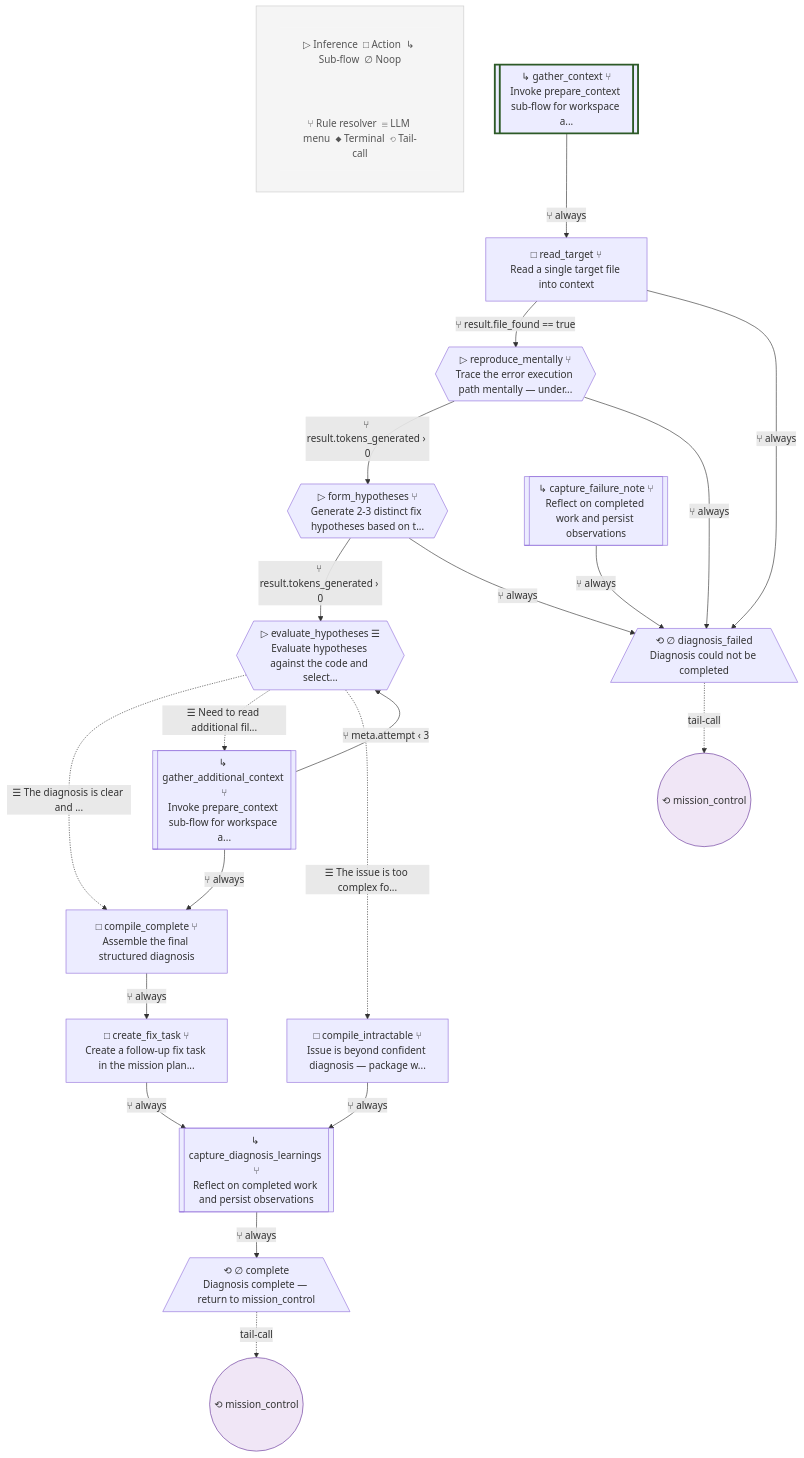
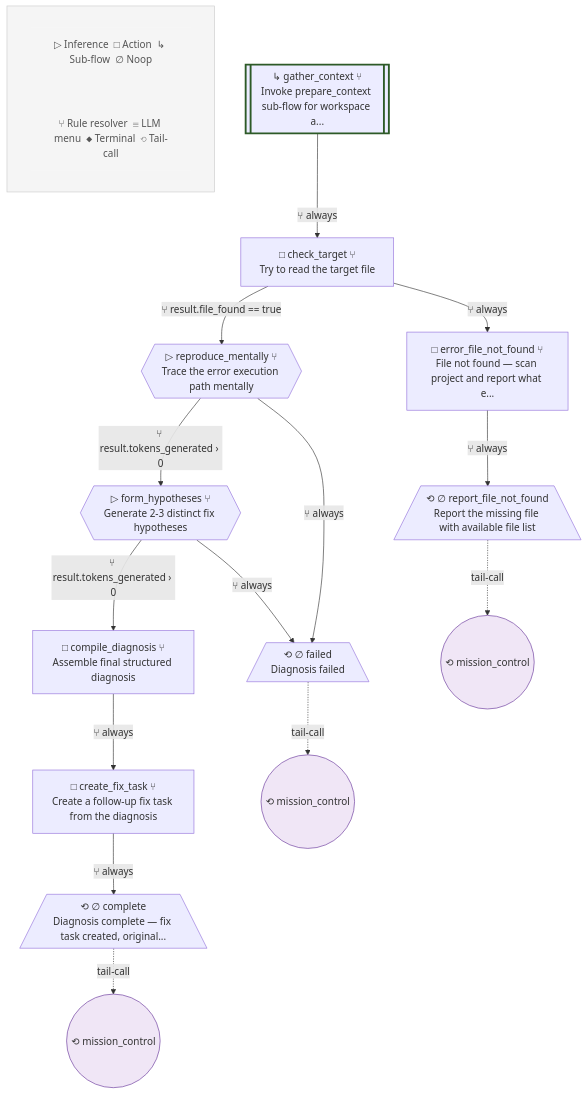
One commit to lah-rb/ouroboros changed the fifth of 31 diagrams in blueprint.md. Above: the diagram before and after it, drawn with Mermaid. The commit also changed other lines of this file and 32 other files, not shown here.

````diff
--- a/blueprint.md
+++ b/blueprint.md
@@ -598,53 +571,46 @@
 ```mermaid
 flowchart TD
-    %% diagnose_issue v1
+    %% diagnose_issue v2
 
     subgraph Legend[" "]
         L1["▷ Inference  □ Action  ↳ Sub-flow  ∅ Noop"]
         L2["⑂ Rule resolver  ☰ LLM menu  ◆ Terminal  ⟲ Tail-call"]
     end
     style Legend fill:#f5f5f5,stroke:#ccc,stroke-width:1px
     style L1 fill:#f5f5f5,stroke:none,color:#555
     style L2 fill:#f5f5f5,stroke:none,color:#555
 
     gather_context[["↳ gather_context ⑂\nInvoke prepare_context sub-flow for workspace a..."]]
-    read_target["□ read_target ⑂\nRead a single target file into context"]
-    reproduce_mentally{{"▷ reproduce_mentally ⑂\nTrace the error execution path mentally — under..."}}
-    form_hypotheses{{"▷ form_hypotheses ⑂\nGenerate 2-3 distinct fix hypotheses based on t..."}}
-    evaluate_hypotheses{{"▷ evaluate_hypotheses ☰\nEvaluate hypotheses against the code and select..."}}
-    gather_additional_context[["↳ gather_additional_context ⑂\nInvoke prepare_context sub-flow for workspace a..."]]
-    compile_complete["□ compile_complete ⑂\nAssemble the final structured diagnosis"]
-    create_fix_task["□ create_fix_task ⑂\nCreate a follow-up fix task in the mission plan..."]
-    compile_intractable["□ compile_intractable ⑂\nIssue is beyond confident diagnosis — package w..."]
-    capture_diagnosis_learnings[["↳ capture_diagnosis_learnings ⑂\nReflect on completed work and persist observations"]]
-    complete[/"⟲ ∅ complete\nDiagnosis complete — return to mission_control"\]
-    capture_failure_note[["↳ capture_failure_note ⑂\nReflect on completed work and persist observations"]]
-    diagnosis_failed[/"⟲ ∅ diagnosis_failed\nDiagnosis could not be completed"\]
+    check_target["□ check_target ⑂\nTry to read the target file"]
+    reproduce_mentally{{"▷ reproduce_mentally ⑂\nTrace the error execution path mentally"}}
+    form_hypotheses{{"▷ form_hypotheses ⑂\nGenerate 2-3 distinct fix hypotheses"}}
+    compile_diagnosis["□ compile_diagnosis ⑂\nAssemble final structured diagnosis"]
+    create_fix_task["□ create_fix_task ⑂\nCreate a follow-up fix task from the diagnosis"]
+    complete[/"⟲ ∅ complete\nDiagnosis complete — fix task created, original..."\]
+    error_file_not_found["□ error_file_not_found ⑂\nFile not found — scan project and report what e..."]
+    report_file_not_found[/"⟲ ∅ report_file_not_found\nReport the missing file with available file list"\]
+    failed[/"⟲ ∅ failed\nDiagnosis failed"\]
 
     style gather_context stroke-width:3px,stroke:#2d5a27
 
-    gather_context -->|⑂ always| read_target
-    read_target -->|⑂ result.file_found == true| reproduce_mentally
-    read_target -->|⑂ always| diagnosis_failed
+    gather_context -->|⑂ always| check_target
+    check_target -->|⑂ result.file_found == true| reproduce_mentally
+    check_target -->|⑂ always| error_file_not_found
     reproduce_mentally -->|⑂ result.tokens_generated › 0| form_hypotheses
-    reproduce_mentally -->|⑂ always| diagnosis_failed
-    form_hypotheses -->|⑂ result.tokens_generated › 0| evaluate_hypotheses
-    form_hypotheses -->|⑂ always| diagnosis_failed
-    evaluate_hypotheses -.->|☰ The diagnosis is clear and ...| compile_complete
-    evaluate_hypotheses -.->|☰ Need to read additional fil...| gather_additional_context
-    evaluate_hypotheses -.->|☰ The issue is too complex fo...| compile_intractable
-    gather_additional_context -->|⑂ meta.attempt ‹ 3| evaluate_hypotheses
-    gather_additional_context -->|⑂ always| compile_complete
-    compile_complete -->|⑂ always| create_fix_task
-    create_fix_task -->|⑂ always| capture_diagnosis_learnings
-    compile_intractable -->|⑂ always| capture_diagnosis_learnings
-    capture_diagnosis_learnings -->|⑂ always| complete
+    reproduce_mentally -->|⑂ always| failed
+    form_hypotheses -->|⑂ result.tokens_generated › 0| compile_diagnosis
+    form_hypotheses -->|⑂ always| failed
+    compile_diagnosis -->|⑂ always| create_fix_task
+    create_fix_task -->|⑂ always| complete
     tc_complete(("⟲ mission_control"))
     style tc_complete fill:#f0e6f6,stroke:#663399
     complete -.->|tail-call| tc_complete
-    capture_failure_note -->|⑂ always| diagnosis_failed
-    tc_diagnosis_failed(("⟲ mission_control"))
-    style tc_diagnosis_failed fill:#f0e6f6,stroke:#663399
-    diagnosis_failed -.->|tail-call| tc_diagnosis_failed
+    error_file_not_found -->|⑂ always| report_file_not_found
+    tc_report_file_not_found(("⟲ mission_control"))
+    style tc_report_file_not_found fill:#f0e6f6,stroke:#663399
+    report_file_not_found -.->|tail-call| tc_report_file_not_found
+    tc_failed(("⟲ mission_control"))
+    style tc_failed fill:#f0e6f6,stroke:#663399
+    failed -.->|tail-call| tc_failed
 
 ```
````
